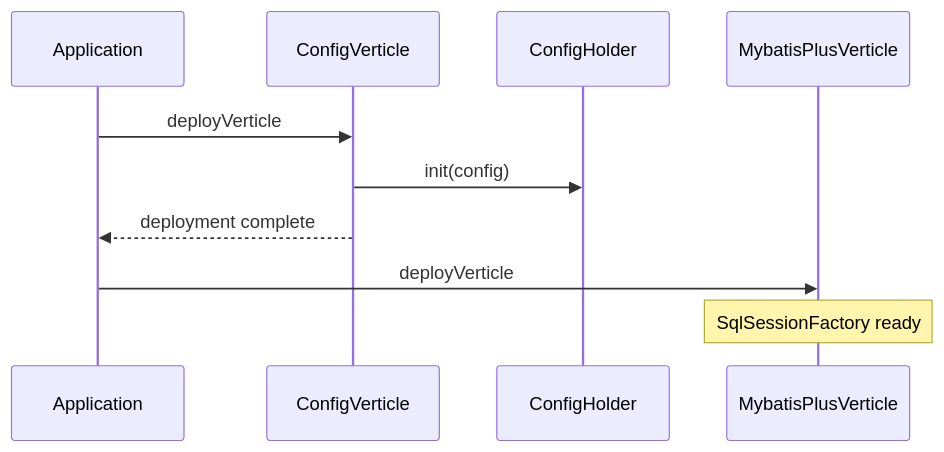
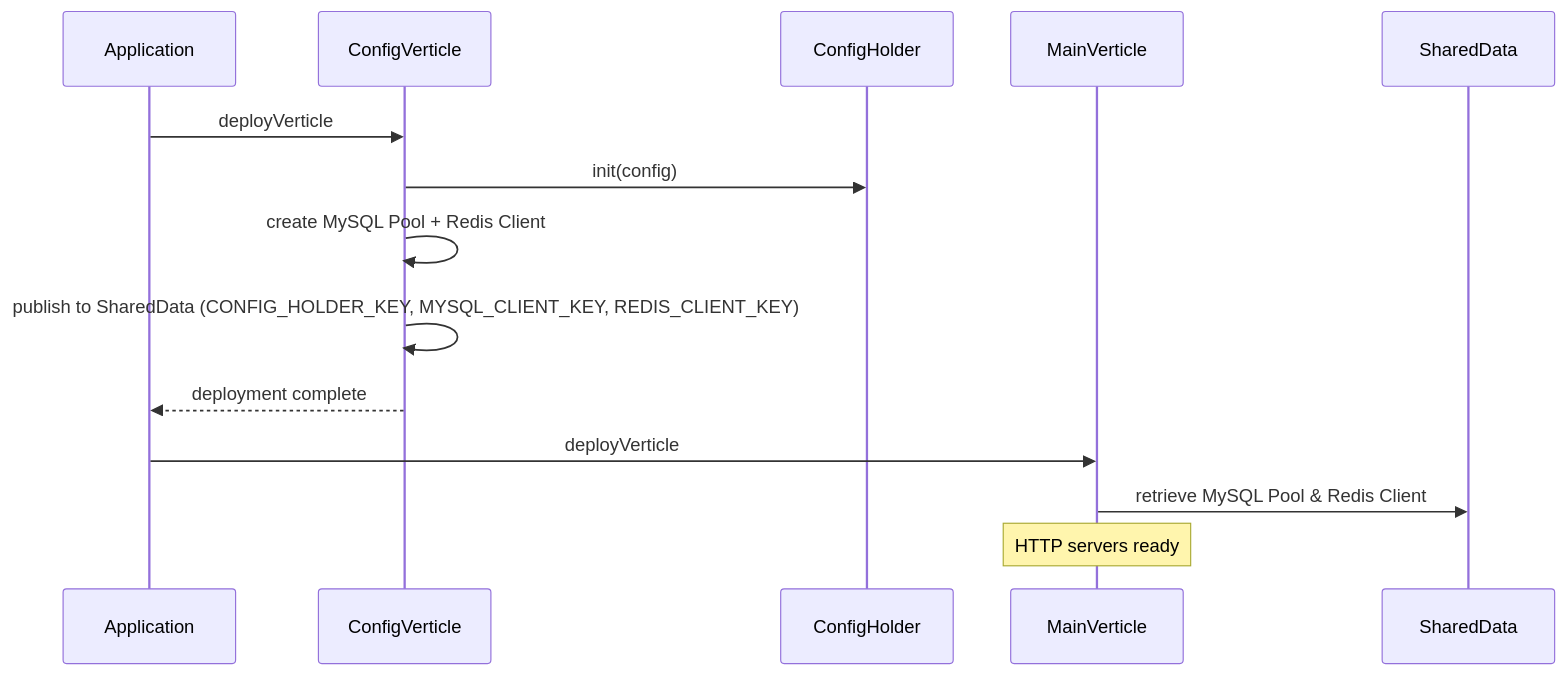
The diagram in docs/modules/config.md (gentBai/fluffy), drawn with Mermaid before and after one commit. The commit also changed other lines of this file and 9 other files, not shown here.

````diff
--- a/docs/modules/config.md
+++ b/docs/modules/config.md
@@ -76,13 +78,16 @@
 ```mermaid
 sequenceDiagram
     participant App as Application
     participant CV as ConfigVerticle
     participant CH as ConfigHolder
-    participant MV as MybatisPlusVerticle
+    participant MV as MainVerticle
 
     App->>CV: deployVerticle
     CV->>CH: init(config)
+    CV->>CV: create MySQL Pool + Redis Client
+    CV->>CV: publish to SharedData (CONFIG_HOLDER_KEY, MYSQL_CLIENT_KEY, REDIS_CLIENT_KEY)
     CV-->>App: deployment complete
     App->>MV: deployVerticle
-    Note over MV: SqlSessionFactory ready
+    MV->>SharedData: retrieve MySQL Pool & Redis Client
+    Note over MV: HTTP servers ready
 ```
````
